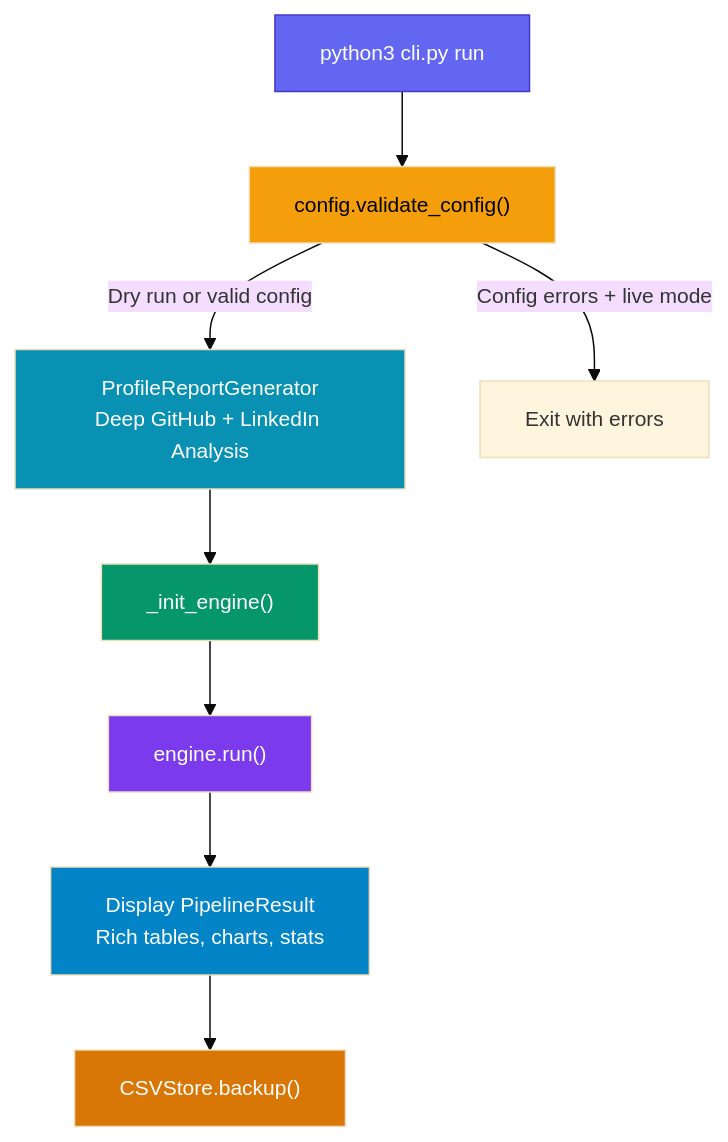
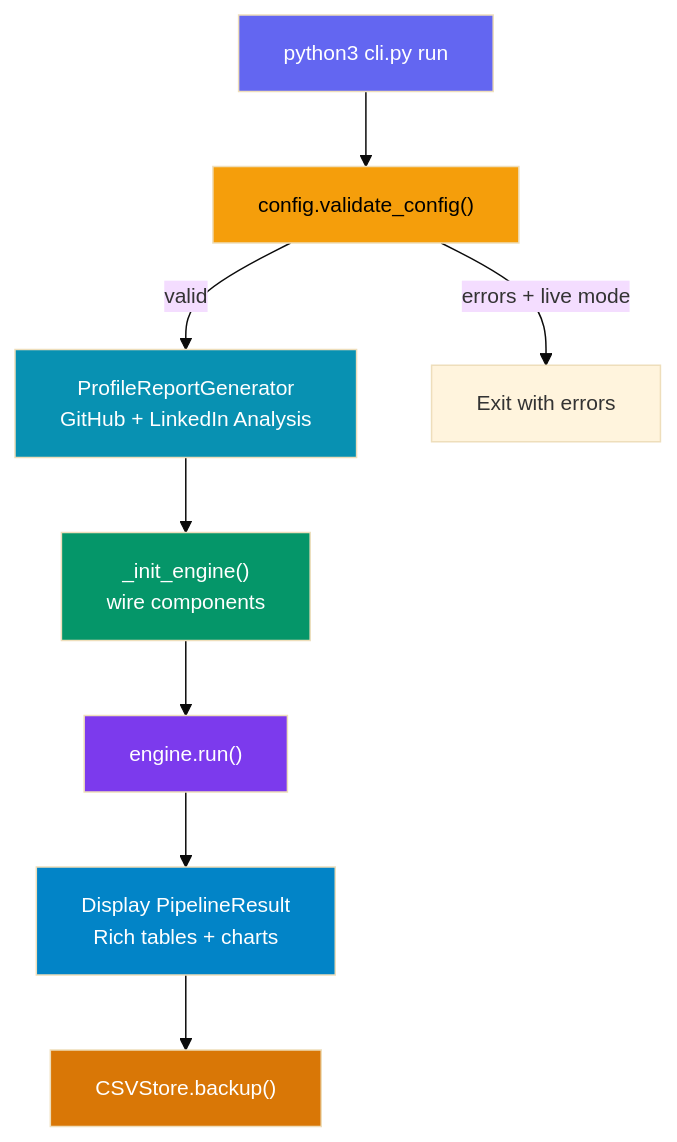
Before and after one commit to FiscalMindset/job: the first of 8 diagrams in ARCHITECTURE.md, drawn with Mermaid. The commit also changed other lines of this file, not shown here.

First line of the commit message:
docs: reorganize ARCHITECTURE.md into collapsible tabbed sections

````diff
--- a/ARCHITECTURE.md
+++ b/ARCHITECTURE.md
@@ -44,27 +26,18 @@
 ```mermaid
 %%{init: {'theme': 'base', 'themeVariables': { 'fontSize': '14px'}}}%%
 flowchart TD
-    CLI["python3 cli.py run"]
-    CFG["config.validate_config()"]
-    PROFILE["ProfileReportGenerator<br/>Deep GitHub + LinkedIn Analysis"]
-    ENGINE["_init_engine()"]
-    PIPELINE["engine.run()"]
-    REPORT["Display PipelineResult<br/>Rich tables, charts, stats"]
-    BACKUP["CSVStore.backup()"]
-
-    CLI --> CFG
-    CFG -->|Dry run or valid config| PROFILE
-    CFG -->|Config errors + live mode| ERROR[Exit with errors]
-    PROFILE --> ENGINE
-    ENGINE --> PIPELINE
-    PIPELINE --> REPORT
-    REPORT --> BACKUP
-
-    style CLI fill:#6366f1,color:#fff,stroke:#4338ca
+    CLI["python3 cli.py run"] --> CFG["config.validate_config()"]
+    CFG -->|valid| PROFILE["ProfileReportGenerator<br/>GitHub + LinkedIn Analysis"]
+    CFG -->|errors + live mode| ERROR[Exit with errors]
+    PROFILE --> ENGINE["_init_engine()<br/>wire components"]
+    ENGINE --> PIPELINE["engine.run()"]
+    PIPELINE --> REPORT["Display PipelineResult<br/>Rich tables + charts"]
+    REPORT --> BACKUP["CSVStore.backup()"]
+    style CLI fill:#6366f1,color:#fff
     style CFG fill:#f59e0b,color:#000
     style PROFILE fill:#0891b2,color:#fff
     style ENGINE fill:#059669,color:#fff
     style PIPELINE fill:#7c3aed,color:#fff
     style REPORT fill:#0284c7,color:#fff
     style BACKUP fill:#d97706,color:#fff
 ```
````
